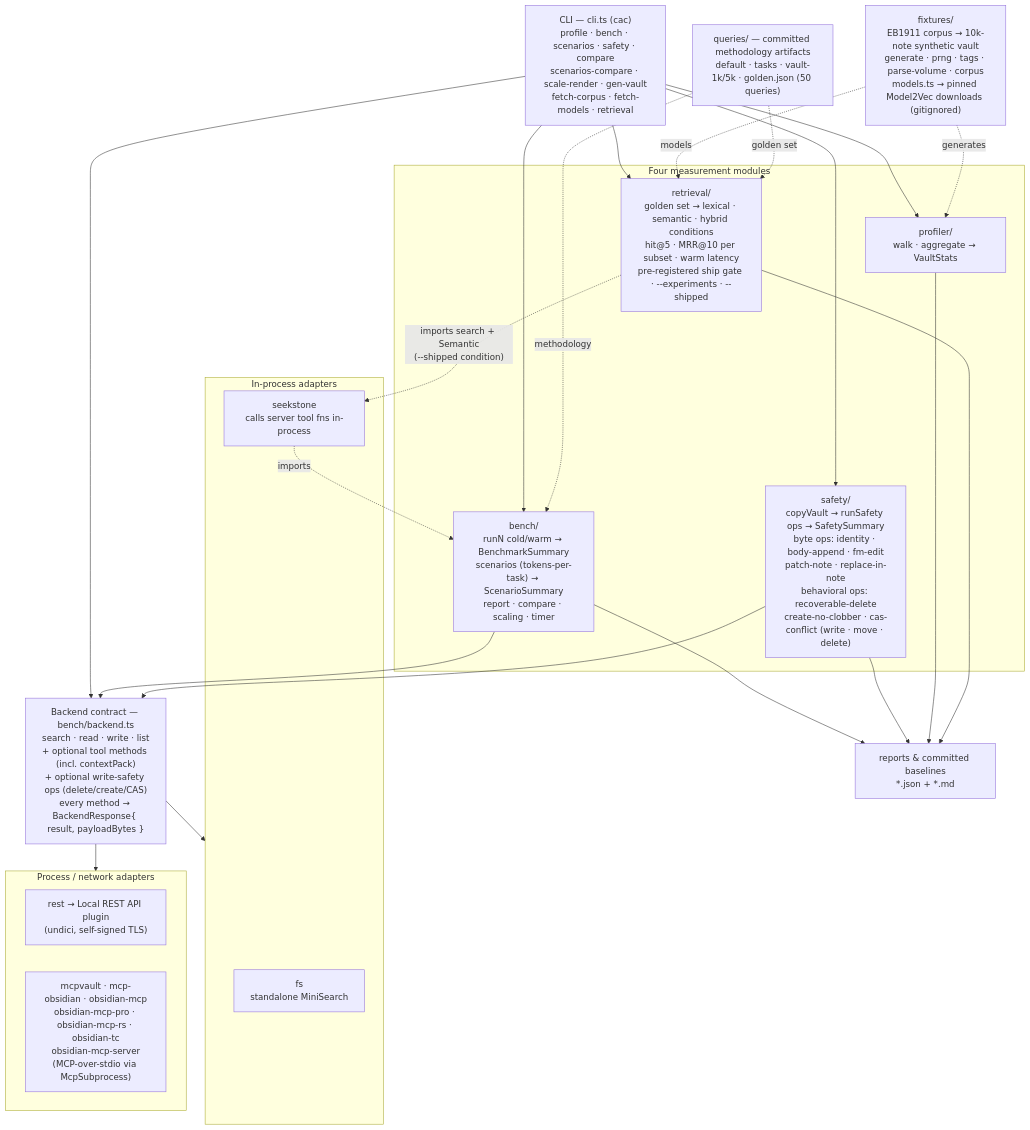
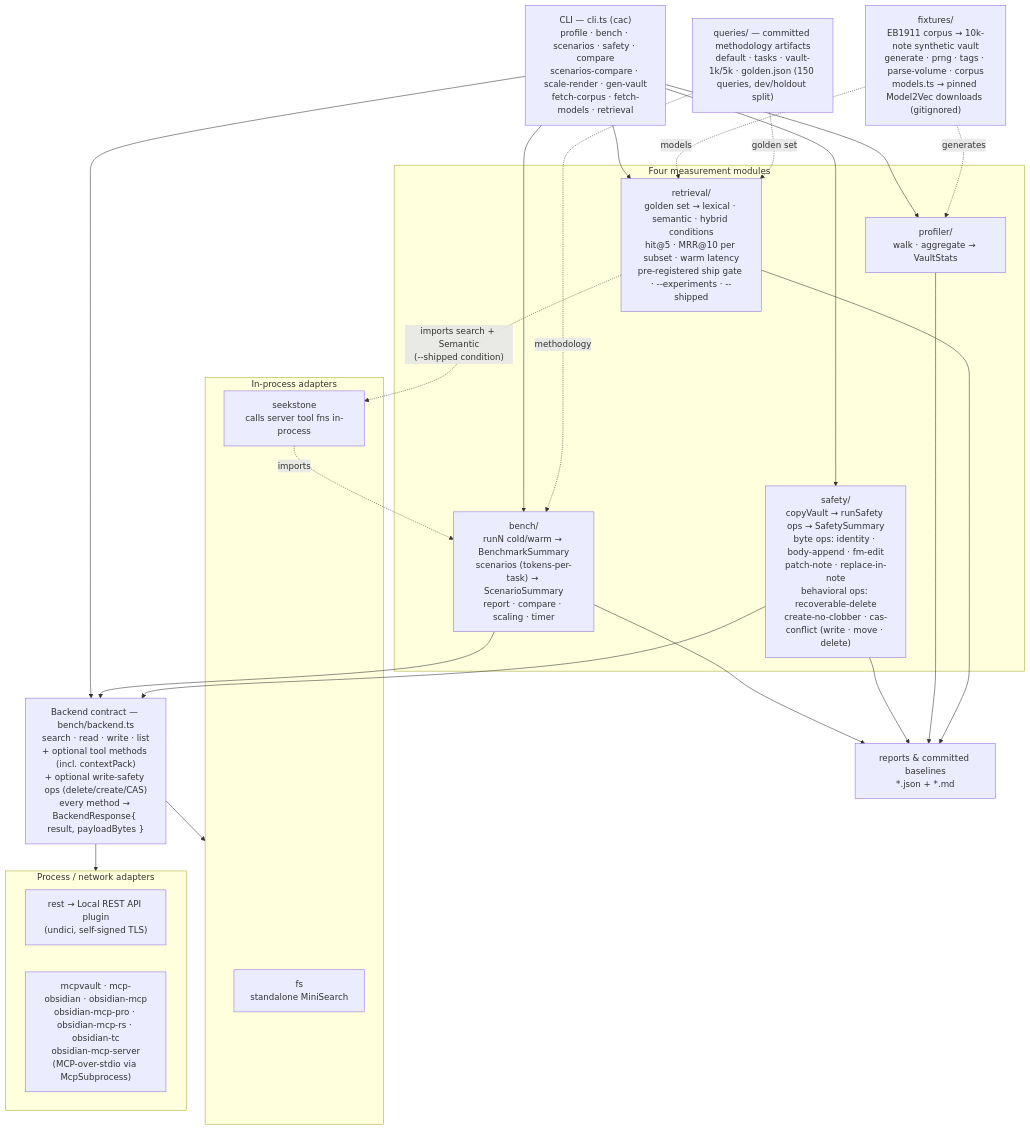
The fourth of 5 diagrams in docs/ARCHITECTURE.md (shaqmughal/seekstone), drawn with Mermaid before and after one commit. The commit also changed 2 other files, not shown here.

Commit message:
docs: golden set is 150 queries with a dev/holdout split (SHA-312 drift) (#284)
CLAUDE.md, docs/ARCHITECTURE.md, and packages/harness/README.md still
described the pre-SHA-312 50-query set.

````diff
--- a/docs/ARCHITECTURE.md
+++ b/docs/ARCHITECTURE.md
@@ -254,46 +254,46 @@
 ```mermaid
 flowchart TD
     cli["CLI — cli.ts (cac)<br/>profile · bench · scenarios · safety · compare<br/>scenarios-compare · scale-render · gen-vault<br/>fetch-corpus · fetch-models · retrieval"]
 
     backend["Backend contract — bench/backend.ts<br/>search · read · write · list<br/>+ optional tool methods (incl. contextPack)<br/>+ optional write-safety ops (delete/create/CAS)<br/>every method → BackendResponse{ result, payloadBytes }"]
 
     subgraph inproc["In-process adapters"]
         fs["fs<br/>standalone MiniSearch"]
         seek["seekstone<br/>calls server tool fns in-process"]
     end
     subgraph extern["Process / network adapters"]
         rest["rest → Local REST API plugin<br/>(undici, self-signed TLS)"]
         mcp["mcpvault · mcp-obsidian · obsidian-mcp<br/>obsidian-mcp-pro · obsidian-mcp-rs · obsidian-tc<br/>obsidian-mcp-server<br/>(MCP-over-stdio via McpSubprocess)"]
     end
 
     subgraph modules["Four measurement modules"]
         profiler["profiler/<br/>walk · aggregate → VaultStats"]
         bench["bench/<br/>runN cold/warm → BenchmarkSummary<br/>scenarios (tokens-per-task) → ScenarioSummary<br/>report · compare · scaling · timer"]
         safety["safety/<br/>copyVault → runSafety ops → SafetySummary<br/>byte ops: identity · body-append · fm-edit<br/>patch-note · replace-in-note<br/>behavioral ops: recoverable-delete<br/>create-no-clobber · cas-conflict (write · move · delete)"]
         retrieval["retrieval/<br/>golden set → lexical · semantic · hybrid conditions<br/>hit@5 · MRR@10 per subset · warm latency<br/>pre-registered ship gate · --experiments · --shipped"]
     end
 
     fixtures["fixtures/<br/>EB1911 corpus → 10k-note synthetic vault<br/>generate · prng · tags · parse-volume · corpus<br/>models.ts → pinned Model2Vec downloads (gitignored)"]
-    queries["queries/ — committed methodology artifacts<br/>default · tasks · vault-1k/5k · golden.json (50 queries)"]
+    queries["queries/ — committed methodology artifacts<br/>default · tasks · vault-1k/5k · golden.json (150 queries, dev/holdout split)"]
     reports["reports & committed baselines<br/>*.json + *.md"]
 
     cli --> profiler
     cli --> bench
     cli --> safety
     cli --> retrieval
     cli --> backend
     backend --> inproc
     backend --> extern
     bench --> backend
     safety --> backend
     bench --> reports
     safety --> reports
     profiler --> reports
     retrieval --> reports
     fixtures -. generates .-> profiler
     fixtures -. models .-> retrieval
     queries -. methodology .-> bench
     queries -. golden set .-> retrieval
     retrieval -. "imports search + Semantic<br/>(--shipped condition)" .-> seek
     seek -. imports .-> bench
 ```
````
